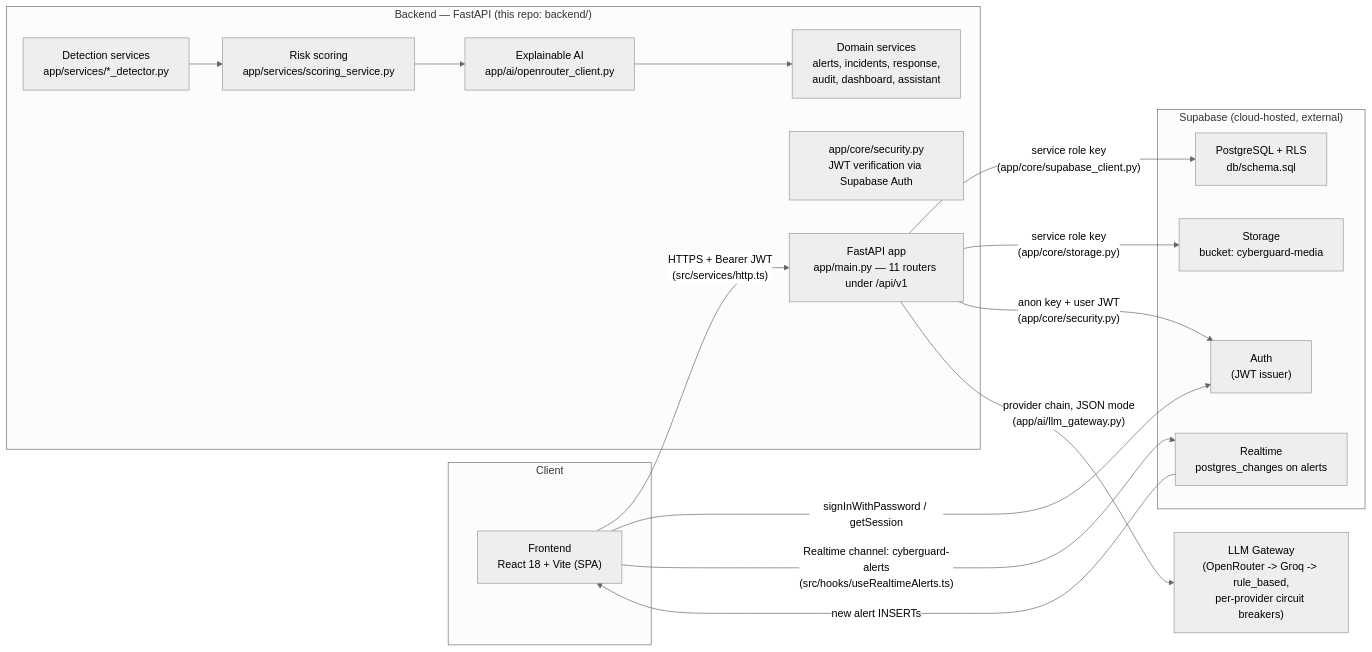
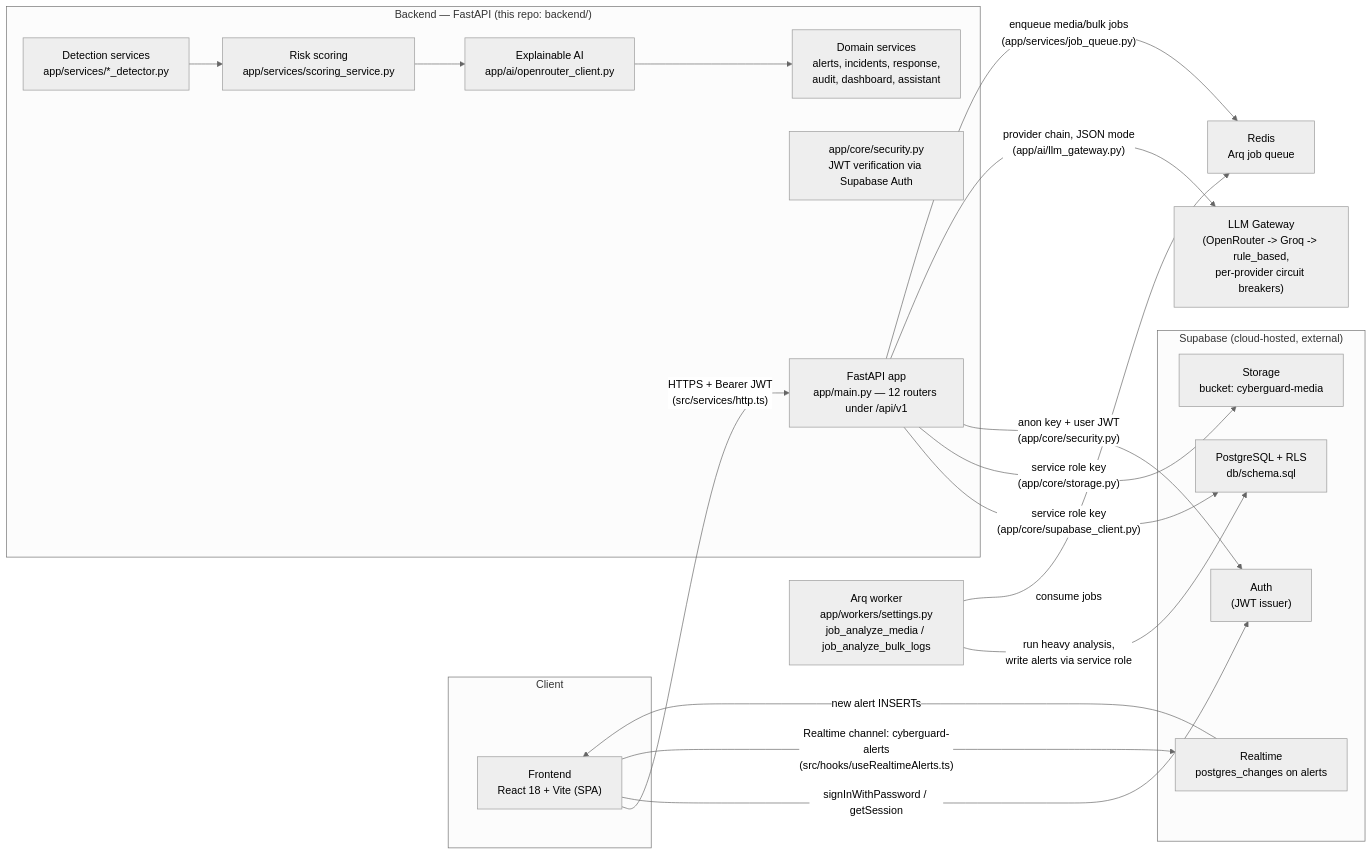
The diagram in backend/docs/architecture.md (chandan000000001/Hack_thon_bput), drawn with Mermaid (neutral theme) before and after one commit. The commit also changed other lines of this file and 38 other files, not shown here.

````diff
--- a/backend/docs/architecture.md
+++ b/backend/docs/architecture.md
@@ -7,34 +7,39 @@
 ```mermaid
 flowchart LR
     subgraph Client
         FE["Frontend\nReact 18 + Vite (SPA)"]
     end
 
     subgraph Backend["Backend — FastAPI (this repo: backend/)"]
-        API["FastAPI app\napp/main.py — 11 routers under /api/v1"]
+        API["FastAPI app\napp/main.py — 12 routers under /api/v1"]
         SEC["app/core/security.py\nJWT verification via Supabase Auth"]
         DET["Detection services\napp/services/*_detector.py"]
         SCORE["Risk scoring\napp/services/scoring_service.py"]
         XAI["Explainable AI\napp/ai/openrouter_client.py"]
         SVC["Domain services\nalerts, incidents, response,\naudit, dashboard, assistant"]
     end
 
     subgraph Supabase["Supabase (cloud-hosted, external)"]
         AUTH["Auth\n(JWT issuer)"]
         DB["PostgreSQL + RLS\ndb/schema.sql"]
         STO["Storage\nbucket: cyberguard-media"]
         RT["Realtime\npostgres_changes on alerts"]
     end
 
     LLM["LLM Gateway\n(OpenRouter -> Groq -> rule_based,\nper-provider circuit breakers)"]
+    REDIS["Redis\nArq job queue"]
+    WORKER["Arq worker\napp/workers/settings.py\njob_analyze_media / job_analyze_bulk_logs"]
 
     FE -- "HTTPS + Bearer JWT\n(src/services/http.ts)" --> API
     FE -- "signInWithPassword / getSession" --> AUTH
     FE -- "Realtime channel: cyberguard-alerts\n(src/hooks/useRealtimeAlerts.ts)" --> RT
     API -- "service role key\n(app/core/supabase_client.py)" --> DB
     API -- "service role key\n(app/core/storage.py)" --> STO
     API -- "anon key + user JWT\n(app/core/security.py)" --> AUTH
     API -- "provider chain, JSON mode\n(app/ai/llm_gateway.py)" --> LLM
+    API -- "enqueue media/bulk jobs\n(app/services/job_queue.py)" --> REDIS
+    WORKER -- "run heavy analysis,\nwrite alerts via service role" --> DB
+    WORKER -- "consume jobs" --> REDIS
     DET --> SCORE --> XAI --> SVC
     RT -- "new alert INSERTs" --> FE
 ```
````
